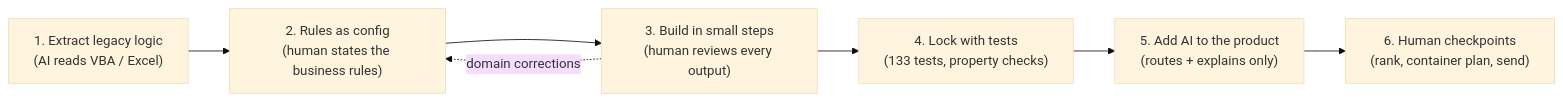
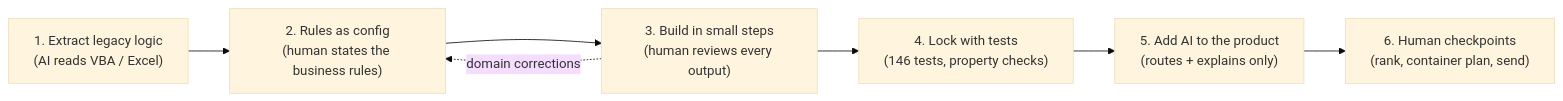
One commit to mertkayilioglu-afk/supply-remix changed the diagram in docs/AI_WORKFLOW.md. Above: the diagram before and after it, drawn with Mermaid (base theme). The commit also changed other lines of this file and 12 other files, not shown here.

````diff
--- a/docs/AI_WORKFLOW.md
+++ b/docs/AI_WORKFLOW.md
@@ -13,9 +13,9 @@
 ```mermaid
 flowchart LR
     A["1. Extract legacy logic<br/>(AI reads VBA / Excel)"] --> B["2. Rules as config<br/>(human states the business rules)"]
     B --> C["3. Build in small steps<br/>(human reviews every output)"]
-    C --> D["4. Lock with tests<br/>(133 tests, property checks)"]
+    C --> D["4. Lock with tests<br/>(146 tests, property checks)"]
     D --> E["5. Add AI to the product<br/>(routes + explains only)"]
     E --> F["6. Human checkpoints<br/>(rank, container plan, send)"]
     C -. "domain corrections" .-> B
 ```
````
